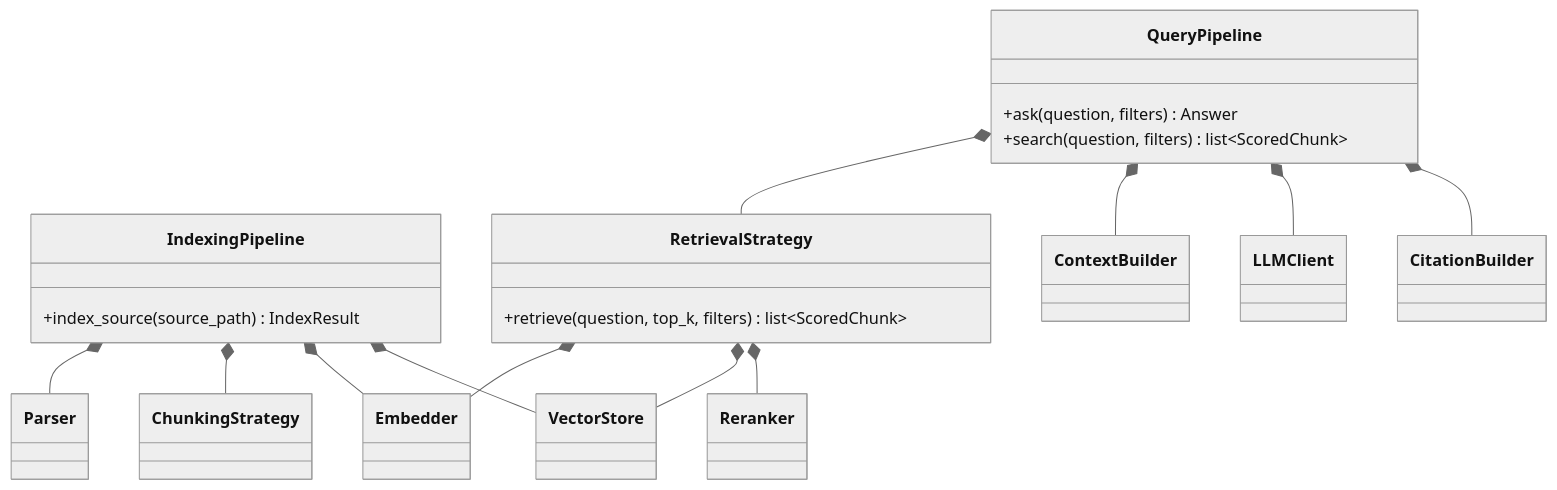
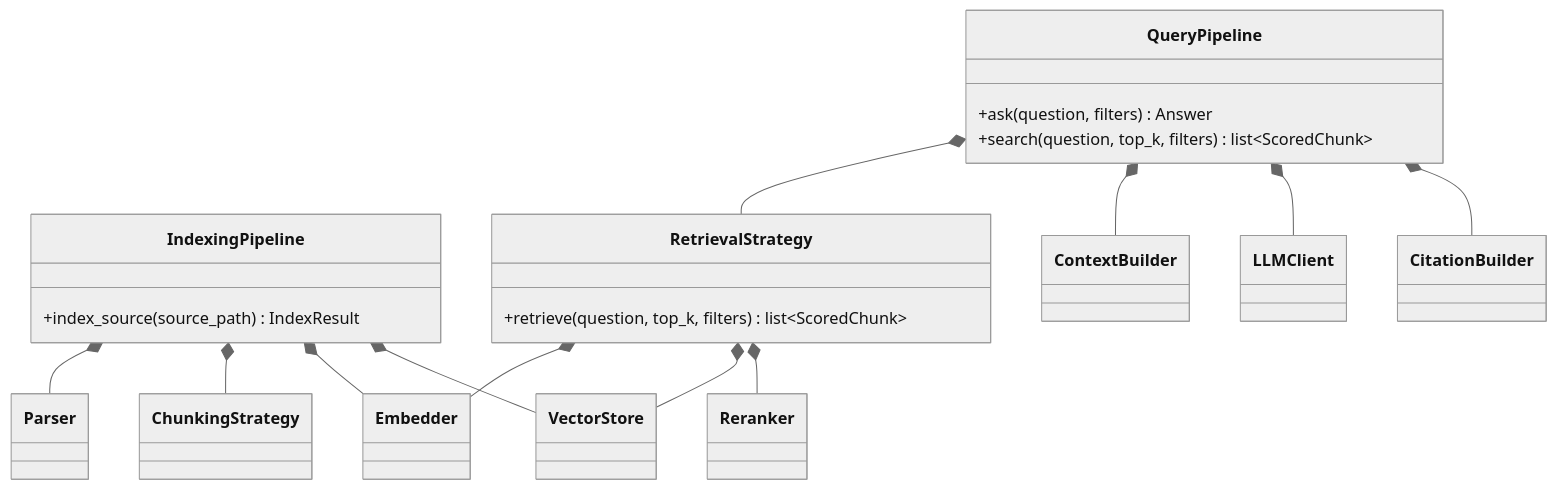
Before and after one commit to biplovbhandari/earthrise-book-assistant: the third of 6 diagrams in system-design/architecture_contracts.md, drawn with Mermaid (neutral theme). The commit also changed other lines of this file and 1 other file, not shown here.

Commit message:
Docs: sync architecture docs with dense retrieval implementation

````diff
--- a/system-design/architecture_contracts.md
+++ b/system-design/architecture_contracts.md
@@ -91,29 +101,29 @@
 ```mermaid
 classDiagram
   class IndexingPipeline {
     +index_source(source_path) IndexResult
   }
 
   class QueryPipeline {
     +ask(question, filters) Answer
-    +search(question, filters) list~ScoredChunk~
+    +search(question, top_k, filters) list~ScoredChunk~
   }
 
   class RetrievalStrategy {
     +retrieve(question, top_k, filters) list~ScoredChunk~
   }
 
   IndexingPipeline *-- Parser
   IndexingPipeline *-- ChunkingStrategy
   IndexingPipeline *-- Embedder
   IndexingPipeline *-- VectorStore
 
   QueryPipeline *-- RetrievalStrategy
   QueryPipeline *-- ContextBuilder
   QueryPipeline *-- LLMClient
   QueryPipeline *-- CitationBuilder
 
   RetrievalStrategy *-- Embedder
   RetrievalStrategy *-- VectorStore
   RetrievalStrategy *-- Reranker
 ```
````
